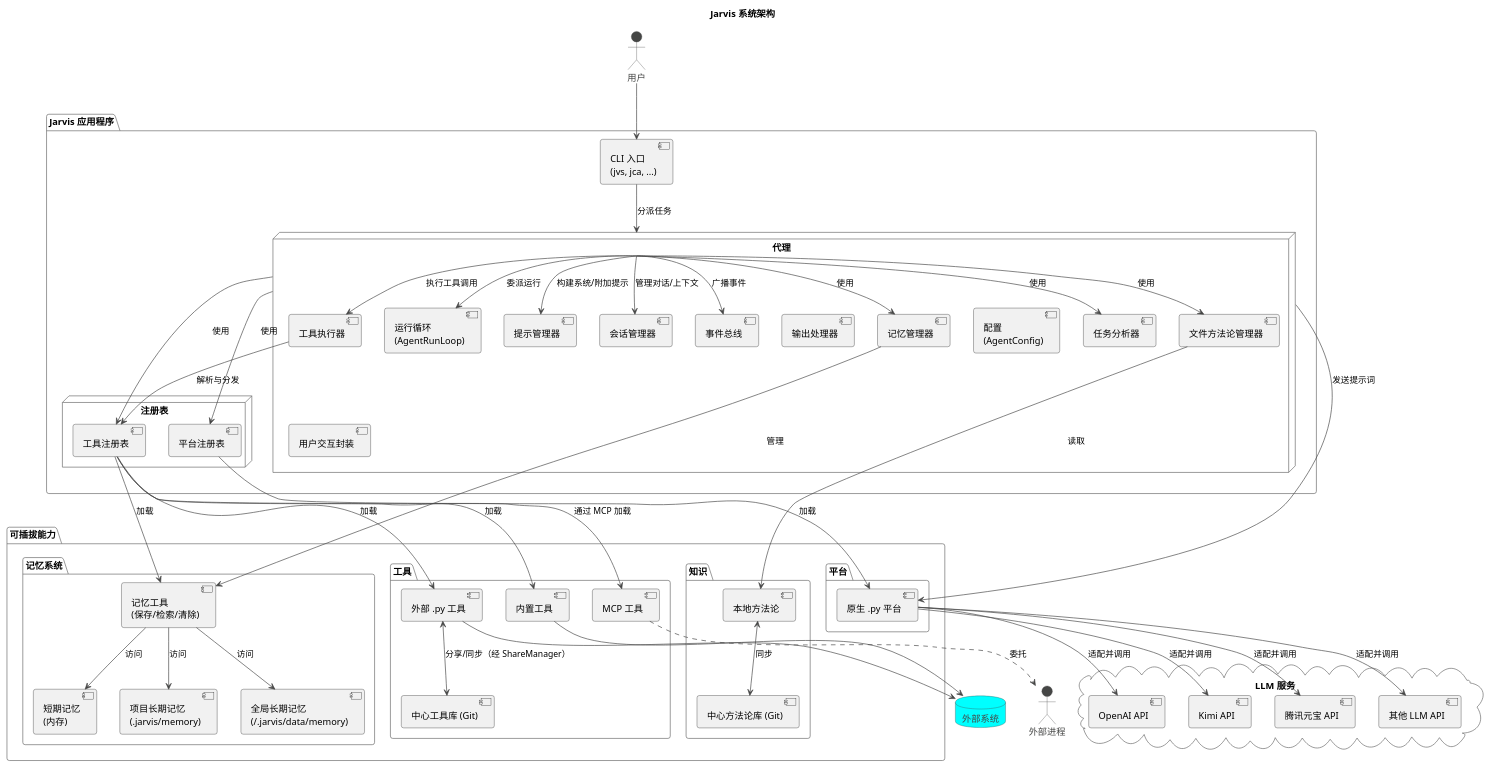
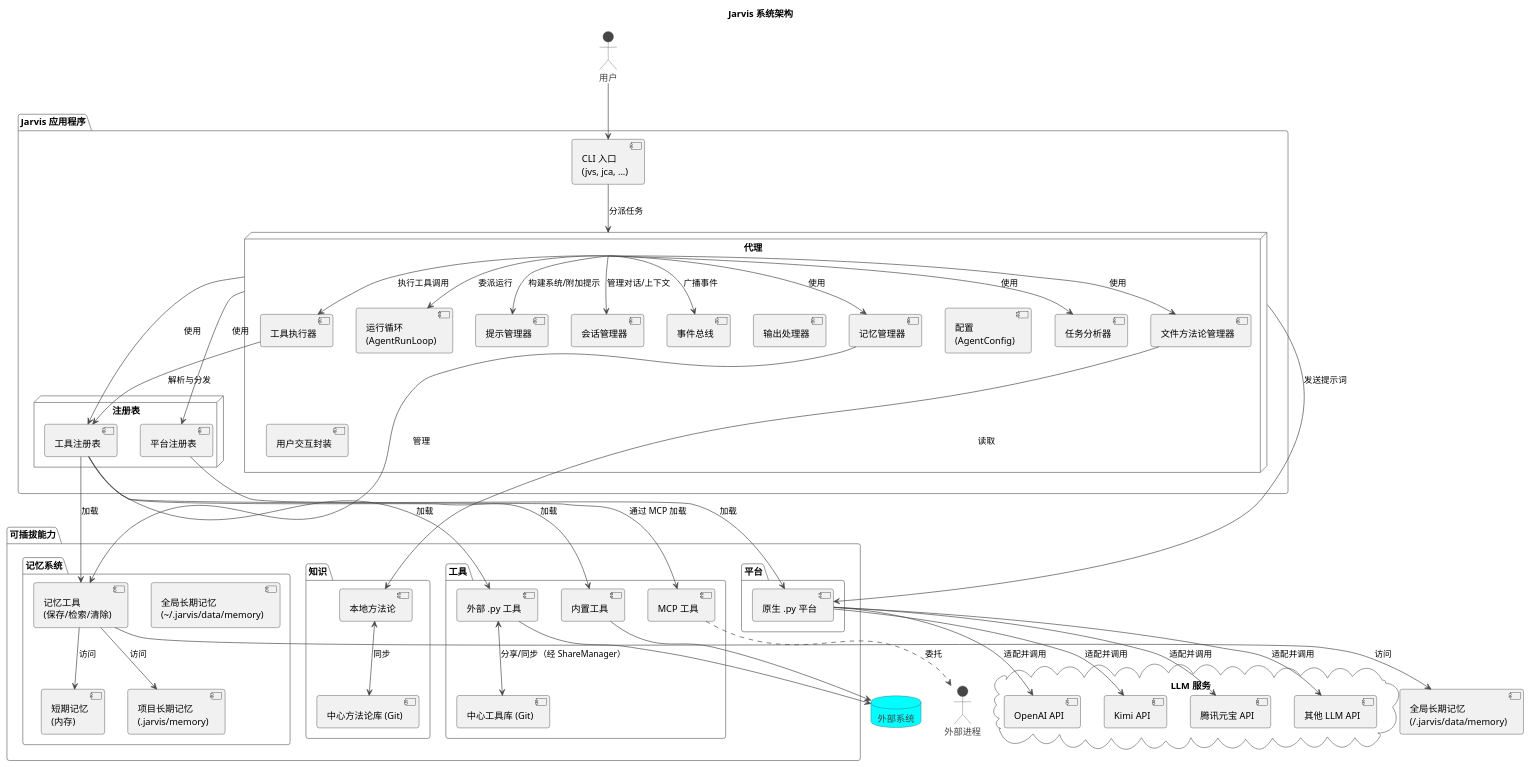
One commit to skyfireitdiy/Jarvis changed the first of 3 diagrams in docs/jarvis_book/3.核心概念与架构.md. Above: the diagram before and after it, drawn with PlantUML. The commit also changed other lines of this file and 1 other file, not shown here.

Commit message:
docs(jarvis_book): 更新核心概念与内存系统文档
- 将核心概念从五大基石扩展为六大基石，新增"记忆系统(Memory System)"
- 修复全局长期记忆路径中的波浪号转义问题
- 统一所有命令行示例中使用`-T`参数的格式
- 优化文档表格格式和空行间距以增强可读性

```diff
--- a/docs/jarvis_book/3.核心概念与架构.md
+++ b/docs/jarvis_book/3.核心概念与架构.md
@@ -117,7 +117,7 @@
     package "记忆系统" {
         [短期记忆\n(内存)]
         [项目长期记忆\n(.jarvis/memory)]
-        [全局长期记忆\n(~/.jarvis/data/memory)]
+        [全局长期记忆\n(\~/.jarvis/data/memory)]
         [记忆工具\n(保存/检索/清除)]
     }
 }
```
